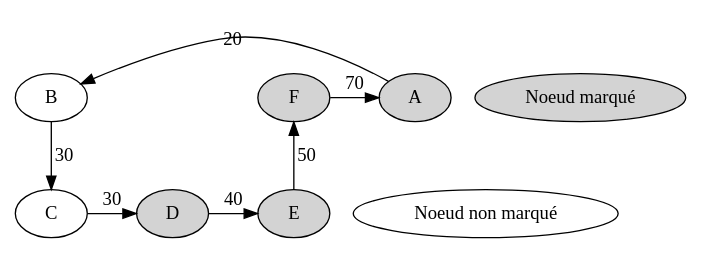
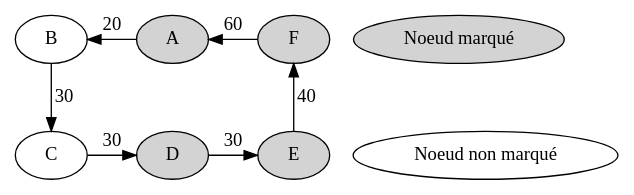
Before and after one commit to C4ptainCrunch/info-f-203: the diagram in rapport/whyTagSimpl.dot, drawn with Graphviz.

Commit message:
corrected branches in graph

```diff
--- a/rapport/whyTagSimpl.dot
+++ b/rapport/whyTagSimpl.dot
@@ -1,18 +1,19 @@
 digraph cercle {
     B
     C
     "Noeud marqué" [style=filled]
     "Noeud non marqué"
     A[style=filled]
     F[style=filled]
     D[style=filled]
     E[style=filled]
     A -> B [constraint=false label="20"]
     B -> C [label="30"]
     C -> D [label="30"]
-    D -> E [label="40"]
-    E -> F [label="50"]
-    F -> A [constraint=false label="70"]
+    D -> E [label="30"]
+    E -> F [label="40"]
+    A -> D [style=invis]
+    F -> A [constraint=false label="60"]
     { rank=same; B A F "Noeud marqué" }
     { rank=same; C D E "Noeud non marqué" }
 }
```
